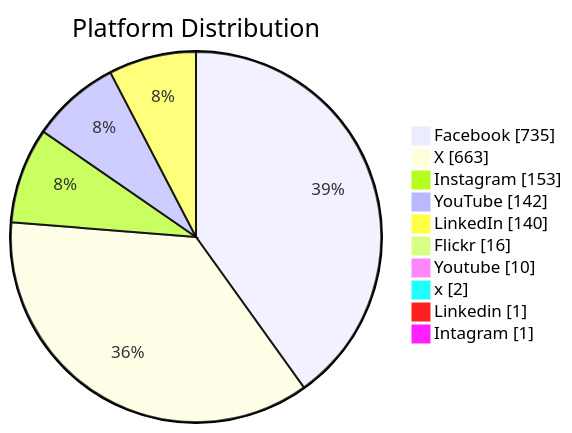
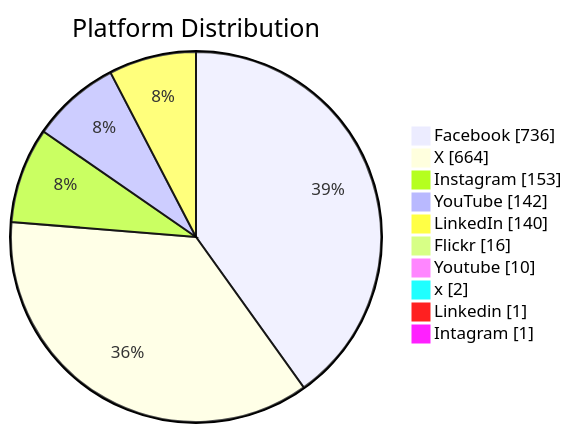
Before and after one commit to PatLittle/GC-Socials: the second of 6 diagrams in README.md, drawn with Mermaid. The commit also changed other lines of this file, not shown here.

Commit message:
Update README with Platform Distribution pie chart

````diff
--- a/README.md
+++ b/README.md
@@ -65,13 +67,13 @@
 ```mermaid
 pie showData title Platform Distribution
-    "Facebook": 735
-    "X": 663
+    "Facebook": 736
+    "X": 664
     "Instagram": 153
     "YouTube": 142
     "LinkedIn": 140
     "Flickr": 16
     "Youtube": 10
     "x": 2
     "Linkedin": 1
     "Intagram": 1
 ```
````
